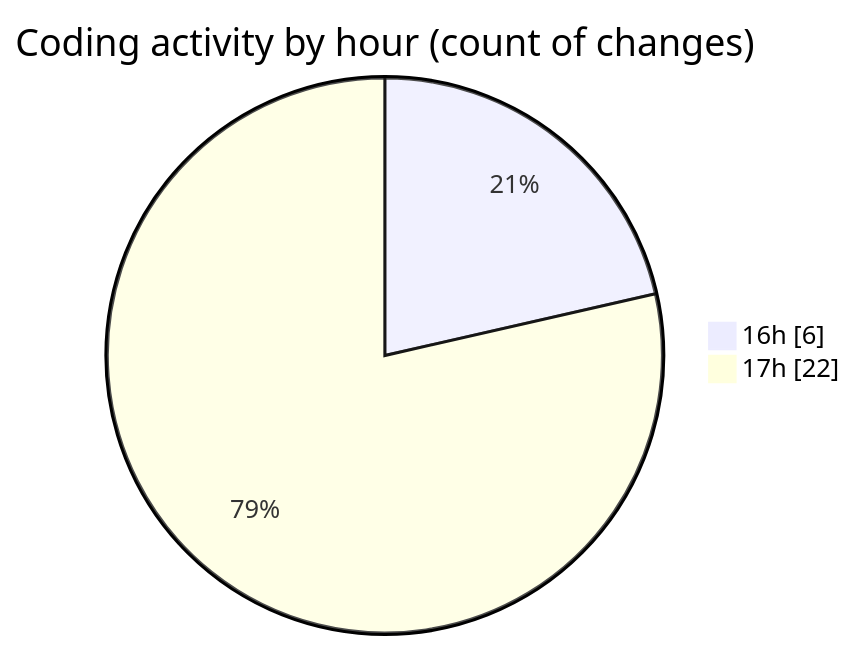
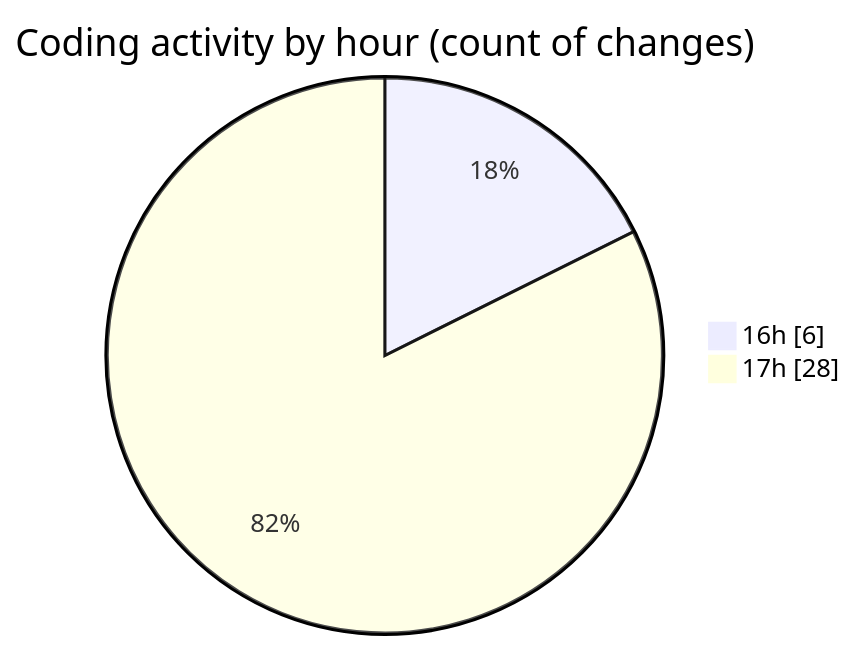
One commit to Ritupan-Deka/code-tracking changed the second of 2 diagrams in 2025-06-24/scopecraft/README.md. Above: the diagram before and after it, drawn with Mermaid. The commit also changed other lines of this file and 1 other file, not shown here.

````diff
--- a/2025-06-24/scopecraft/README.md
+++ b/2025-06-24/scopecraft/README.md
@@ -34,6 +38,6 @@
 ```mermaid
 pie showData
 title Coding activity by hour (count of changes)
 "16h" : 6
-"17h" : 22
+"17h" : 28
 ```
````
